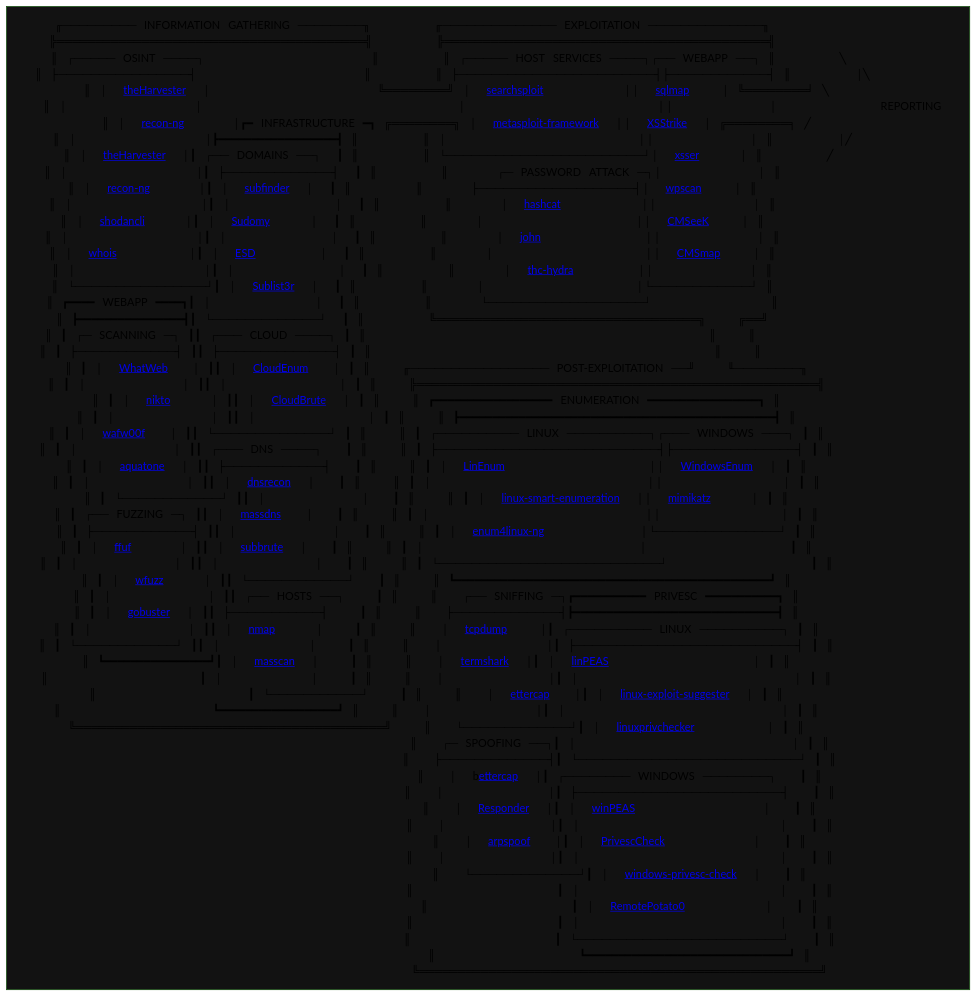
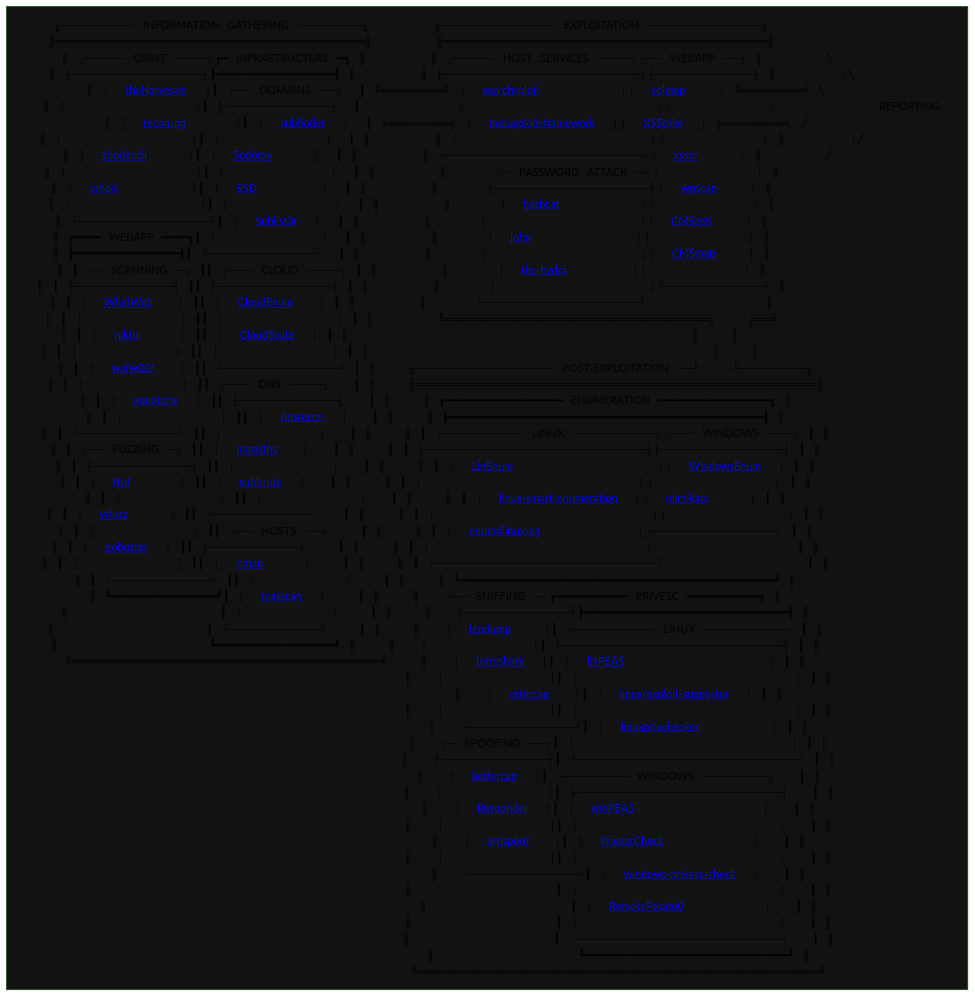
One commit to Skalyaeve/a-process changed the diagram in README.md. Above: the diagram before and after it, drawn with Mermaid (forest theme). The commit also changed 2 other files, not shown here.

````diff
--- a/README.md
+++ b/README.md
@@ -1,65 +1,65 @@
 ```mermaid
 graph TD
 main[
 ⠀╓─────────⠀INFORMATION⠀GATHERING⠀────────╖⠀⠀⠀⠀⠀⠀⠀⠀╓──────────────⠀EXPLOITATION⠀──────────────╖⠀⠀⠀⠀⠀⠀⠀⠀⠀⠀⠀⠀⠀⠀⠀⠀⠀⠀⠀⠀
 ⠀╠════════════════════════════════════════╣⠀⠀⠀⠀⠀⠀⠀⠀╠══════════════════════════════════════════╣⠀⠀⠀⠀⠀⠀⠀⠀⠀⠀⠀⠀⠀⠀⠀⠀⠀⠀⠀⠀
-⠀║⠀┌─────⠀OSINT⠀────┐⠀⠀⠀⠀⠀⠀⠀⠀⠀⠀⠀⠀⠀⠀⠀⠀⠀⠀⠀⠀⠀║⠀⠀⠀⠀⠀⠀⠀⠀║⠀┌─────⠀HOST⠀SERVICES⠀────┐┌──⠀WEBAPP⠀──┐⠀║⠀⠀⠀⠀⠀⠀⠀⠀╲⠀⠀⠀⠀⠀⠀⠀⠀⠀⠀⠀
-⠀║⠀├────────────────┤⠀⠀⠀⠀⠀⠀⠀⠀⠀⠀⠀⠀⠀⠀⠀⠀⠀⠀⠀⠀⠀║⠀⠀⠀⠀⠀⠀⠀⠀║⠀├────────────────────────┤├────────────┤⠀║⠀⠀⠀⠀⠀⠀⠀⠀│╲⠀⠀⠀⠀⠀⠀⠀⠀⠀⠀
-⠀║⠀│⠀⠀<a href='https://github.com/laramies/theHarvester'>theHarvester</a>⠀⠀│⠀⠀⠀⠀⠀⠀⠀⠀⠀⠀⠀⠀⠀⠀⠀⠀⠀⠀⠀⠀⠀╚════════╝⠀│⠀⠀<a href='https://gitlab.com/exploit-database/exploitdb'>searchsploit</a>⠀⠀⠀⠀⠀⠀⠀⠀⠀⠀││⠀⠀<a href='https://github.com/sqlmapproject/sqlmap'>sqlmap</a>⠀⠀⠀⠀│⠀╚════════╛⠀╲⠀⠀⠀⠀⠀⠀⠀⠀⠀
-⠀║⠀│⠀⠀⠀⠀⠀⠀⠀⠀⠀⠀⠀⠀⠀⠀⠀⠀│⠀⠀⠀⠀⠀⠀⠀⠀⠀⠀⠀⠀⠀⠀⠀⠀⠀⠀⠀⠀⠀⠀⠀⠀⠀⠀⠀⠀⠀⠀⠀⠀│⠀⠀⠀⠀⠀⠀⠀⠀⠀⠀⠀⠀⠀⠀⠀⠀⠀⠀⠀⠀⠀⠀⠀⠀││⠀⠀⠀⠀⠀⠀⠀⠀⠀⠀⠀⠀│⠀⠀⠀⠀⠀⠀⠀⠀⠀⠀⠀⠀⠀REPORTING
-⠀║⠀│⠀⠀<a href='https://github.com/lanmaster53/recon-ng'>recon-ng</a>⠀⠀⠀⠀⠀⠀│┏━⠀INFRASTRUCTURE⠀━┓⠀╔════════╗⠀│⠀⠀<a href='https://github.com/rapid7/metasploit-framework'>metasploit-framework</a>⠀⠀││⠀⠀<a href='https://github.com/s0md3v/XSStrike'>XSStrike</a>⠀⠀│⠀╔════════╕⠀╱⠀⠀⠀⠀⠀⠀⠀⠀⠀
-⠀║⠀│⠀⠀⠀⠀⠀⠀⠀⠀⠀⠀⠀⠀⠀⠀⠀⠀│┣━━━━━━━━━━━━━━━━━━┫⠀║⠀⠀⠀⠀⠀⠀⠀⠀║⠀│⠀⠀⠀⠀⠀⠀⠀⠀⠀⠀⠀⠀⠀⠀⠀⠀⠀⠀⠀⠀⠀⠀⠀⠀││⠀⠀⠀⠀⠀⠀⠀⠀⠀⠀⠀⠀│⠀║⠀⠀⠀⠀⠀⠀⠀⠀│╱⠀⠀⠀⠀⠀⠀⠀⠀⠀⠀
-⠀║⠀│⠀⠀<a href='https://github.com/laramies/theHarvester'>theHarvester</a>⠀⠀│┃⠀┌──⠀DOMAINS⠀──┐⠀⠀┃⠀║⠀⠀⠀⠀⠀⠀⠀⠀║⠀└────────────────────────┘│⠀⠀<a href='https://github.com/epsylon/xsser'>xsser</a>⠀⠀⠀⠀⠀│⠀║⠀⠀⠀⠀⠀⠀⠀⠀╱⠀⠀⠀⠀⠀⠀⠀⠀⠀⠀⠀
-⠀║⠀│⠀⠀⠀⠀⠀⠀⠀⠀⠀⠀⠀⠀⠀⠀⠀⠀│┃⠀├─────────────┤⠀⠀┃⠀║⠀⠀⠀⠀⠀⠀⠀⠀║⠀⠀⠀⠀⠀⠀┌─⠀PASSWORD⠀ATTACK⠀─┐│⠀⠀⠀⠀⠀⠀⠀⠀⠀⠀⠀⠀│⠀║⠀⠀⠀⠀⠀⠀⠀⠀⠀⠀⠀⠀⠀⠀⠀⠀⠀⠀⠀⠀
-⠀║⠀│⠀⠀<a href='https://github.com/lanmaster53/recon-ng'>recon-ng</a>⠀⠀⠀⠀⠀⠀│┃⠀│⠀⠀<a href='https://github.com/projectdiscovery/subfinder'>subfinder</a>⠀⠀│⠀⠀┃⠀║⠀⠀⠀⠀⠀⠀⠀⠀║⠀⠀⠀⠀⠀⠀├───────────────────┤│⠀⠀<a href='https://github.com/wpscanteam/wpscan'>wpscan</a>⠀⠀⠀⠀│⠀║⠀⠀⠀⠀⠀⠀⠀⠀⠀⠀⠀⠀⠀⠀⠀⠀⠀⠀⠀⠀
+⠀║⠀┌─────⠀OSINT⠀────┐┏━⠀INFRASTRUCTURE⠀━┓⠀║⠀⠀⠀⠀⠀⠀⠀⠀║⠀┌─────⠀HOST⠀SERVICES⠀────┐┌──⠀WEBAPP⠀──┐⠀║⠀⠀⠀⠀⠀⠀⠀⠀╲⠀⠀⠀⠀⠀⠀⠀⠀⠀⠀⠀
+⠀║⠀├────────────────┤┣━━━━━━━━━━━━━━━━━━┫⠀║⠀⠀⠀⠀⠀⠀⠀⠀║⠀├────────────────────────┤├────────────┤⠀║⠀⠀⠀⠀⠀⠀⠀⠀│╲⠀⠀⠀⠀⠀⠀⠀⠀⠀⠀
+⠀║⠀│⠀⠀<a href='https://github.com/laramies/theHarvester'>theHarvester</a>⠀⠀│┃⠀┌──⠀DOMAINS⠀──┐⠀⠀┃⠀╚════════╝⠀│⠀⠀<a href='https://gitlab.com/exploit-database/exploitdb'>searchsploit</a>⠀⠀⠀⠀⠀⠀⠀⠀⠀⠀││⠀⠀<a href='https://github.com/sqlmapproject/sqlmap'>sqlmap</a>⠀⠀⠀⠀│⠀╚════════╛⠀╲⠀⠀⠀⠀⠀⠀⠀⠀⠀
+⠀║⠀│⠀⠀⠀⠀⠀⠀⠀⠀⠀⠀⠀⠀⠀⠀⠀⠀│┃⠀├─────────────┤⠀⠀┃⠀⠀⠀⠀⠀⠀⠀⠀⠀⠀⠀⠀│⠀⠀⠀⠀⠀⠀⠀⠀⠀⠀⠀⠀⠀⠀⠀⠀⠀⠀⠀⠀⠀⠀⠀⠀││⠀⠀⠀⠀⠀⠀⠀⠀⠀⠀⠀⠀│⠀⠀⠀⠀⠀⠀⠀⠀⠀⠀⠀⠀⠀REPORTING
+⠀║⠀│⠀⠀<a href='https://github.com/lanmaster53/recon-ng'>recon-ng</a>⠀⠀⠀⠀⠀⠀│┃⠀│⠀⠀<a href='https://github.com/projectdiscovery/subfinder'>subfinder</a>⠀⠀│⠀⠀┃⠀╔════════╗⠀│⠀⠀<a href='https://github.com/rapid7/metasploit-framework'>metasploit-framework</a>⠀⠀││⠀⠀<a href='https://github.com/s0md3v/XSStrike'>XSStrike</a>⠀⠀│⠀╔════════╕⠀╱⠀⠀⠀⠀⠀⠀⠀⠀⠀
+⠀║⠀│⠀⠀⠀⠀⠀⠀⠀⠀⠀⠀⠀⠀⠀⠀⠀⠀│┃⠀│⠀⠀⠀⠀⠀⠀⠀⠀⠀⠀⠀⠀⠀│⠀⠀┃⠀║⠀⠀⠀⠀⠀⠀⠀⠀║⠀│⠀⠀⠀⠀⠀⠀⠀⠀⠀⠀⠀⠀⠀⠀⠀⠀⠀⠀⠀⠀⠀⠀⠀⠀││⠀⠀⠀⠀⠀⠀⠀⠀⠀⠀⠀⠀│⠀║⠀⠀⠀⠀⠀⠀⠀⠀│╱⠀⠀⠀⠀⠀⠀⠀⠀⠀⠀
+⠀║⠀│⠀⠀<a href='https://github.com/malinkinsa/shodancli'>shodancli</a>⠀⠀⠀⠀⠀│┃⠀│⠀⠀<a href='https://github.com/screetsec/Sudomy'>Sudomy</a>⠀⠀⠀⠀⠀│⠀⠀┃⠀║⠀⠀⠀⠀⠀⠀⠀⠀║⠀└────────────────────────┘│⠀⠀<a href='https://github.com/epsylon/xsser'>xsser</a>⠀⠀⠀⠀⠀│⠀║⠀⠀⠀⠀⠀⠀⠀⠀╱⠀⠀⠀⠀⠀⠀⠀⠀⠀⠀⠀
+⠀║⠀│⠀⠀⠀⠀⠀⠀⠀⠀⠀⠀⠀⠀⠀⠀⠀⠀│┃⠀│⠀⠀⠀⠀⠀⠀⠀⠀⠀⠀⠀⠀⠀│⠀⠀┃⠀║⠀⠀⠀⠀⠀⠀⠀⠀║⠀⠀⠀⠀⠀⠀┌─⠀PASSWORD⠀ATTACK⠀─┐│⠀⠀⠀⠀⠀⠀⠀⠀⠀⠀⠀⠀│⠀║⠀⠀⠀⠀⠀⠀⠀⠀⠀⠀⠀⠀⠀⠀⠀⠀⠀⠀⠀⠀
+⠀║⠀│⠀⠀<a href='https://github.com/weppos/whois'>whois</a>⠀⠀⠀⠀⠀⠀⠀⠀⠀│┃⠀│⠀⠀<a href='https://github.com/FeeiCN/ESD?tab=readme-ov-file'>ESD</a>⠀⠀⠀⠀⠀⠀⠀⠀│⠀⠀┃⠀║⠀⠀⠀⠀⠀⠀⠀⠀║⠀⠀⠀⠀⠀⠀├───────────────────┤│⠀⠀<a href='https://github.com/wpscanteam/wpscan'>wpscan</a>⠀⠀⠀⠀│⠀║⠀⠀⠀⠀⠀⠀⠀⠀⠀⠀⠀⠀⠀⠀⠀⠀⠀⠀⠀⠀
 ⠀║⠀│⠀⠀⠀⠀⠀⠀⠀⠀⠀⠀⠀⠀⠀⠀⠀⠀│┃⠀│⠀⠀⠀⠀⠀⠀⠀⠀⠀⠀⠀⠀⠀│⠀⠀┃⠀║⠀⠀⠀⠀⠀⠀⠀⠀║⠀⠀⠀⠀⠀⠀│⠀⠀<a href='https://github.com/hashcat/hashcat'>hashcat</a>⠀⠀⠀⠀⠀⠀⠀⠀⠀⠀││⠀⠀⠀⠀⠀⠀⠀⠀⠀⠀⠀⠀│⠀║⠀⠀⠀⠀⠀⠀⠀⠀⠀⠀⠀⠀⠀⠀⠀⠀⠀⠀⠀⠀
-⠀║⠀│⠀⠀<a href='https://github.com/malinkinsa/shodancli'>shodancli</a>⠀⠀⠀⠀⠀│┃⠀│⠀⠀<a href='https://github.com/screetsec/Sudomy'>Sudomy</a>⠀⠀⠀⠀⠀│⠀⠀┃⠀║⠀⠀⠀⠀⠀⠀⠀⠀║⠀⠀⠀⠀⠀⠀│⠀⠀⠀⠀⠀⠀⠀⠀⠀⠀⠀⠀⠀⠀⠀⠀⠀⠀⠀││⠀⠀<a href='https://github.com/Tuhinshubhra/CMSeeK'>CMSeeK</a>⠀⠀⠀⠀│⠀║⠀⠀⠀⠀⠀⠀⠀⠀⠀⠀⠀⠀⠀⠀⠀⠀⠀⠀⠀⠀
-⠀║⠀│⠀⠀⠀⠀⠀⠀⠀⠀⠀⠀⠀⠀⠀⠀⠀⠀│┃⠀│⠀⠀⠀⠀⠀⠀⠀⠀⠀⠀⠀⠀⠀│⠀⠀┃⠀║⠀⠀⠀⠀⠀⠀⠀⠀║⠀⠀⠀⠀⠀⠀│⠀⠀<a href='https://github.com/openwall/john'>john</a>⠀⠀⠀⠀⠀⠀⠀⠀⠀⠀⠀⠀⠀││⠀⠀⠀⠀⠀⠀⠀⠀⠀⠀⠀⠀│⠀║⠀⠀⠀⠀⠀⠀⠀⠀⠀⠀⠀⠀⠀⠀⠀⠀⠀⠀⠀⠀
-⠀║⠀│⠀⠀<a href='https://github.com/weppos/whois'>whois</a>⠀⠀⠀⠀⠀⠀⠀⠀⠀│┃⠀│⠀⠀<a href='https://github.com/FeeiCN/ESD?tab=readme-ov-file'>ESD</a>⠀⠀⠀⠀⠀⠀⠀⠀│⠀⠀┃⠀║⠀⠀⠀⠀⠀⠀⠀⠀║⠀⠀⠀⠀⠀⠀│⠀⠀⠀⠀⠀⠀⠀⠀⠀⠀⠀⠀⠀⠀⠀⠀⠀⠀⠀││⠀⠀<a href='https://github.com/dionach/CMSmap'>CMSmap</a>⠀⠀⠀⠀│⠀║⠀⠀⠀⠀⠀⠀⠀⠀⠀⠀⠀⠀⠀⠀⠀⠀⠀⠀⠀⠀
-⠀║⠀│⠀⠀⠀⠀⠀⠀⠀⠀⠀⠀⠀⠀⠀⠀⠀⠀│┃⠀│⠀⠀⠀⠀⠀⠀⠀⠀⠀⠀⠀⠀⠀│⠀⠀┃⠀║⠀⠀⠀⠀⠀⠀⠀⠀║⠀⠀⠀⠀⠀⠀│⠀⠀<a href='https://github.com/vanhauser-thc/thc-hydra'>thc-hydra</a>⠀⠀⠀⠀⠀⠀⠀⠀││⠀⠀⠀⠀⠀⠀⠀⠀⠀⠀⠀⠀│⠀║⠀⠀⠀⠀⠀⠀⠀⠀⠀⠀⠀⠀⠀⠀⠀⠀⠀⠀⠀⠀
-⠀║⠀└────────────────┘┃⠀│⠀⠀<a href='https://github.com/aboul3la/Sublist3r'>Sublist3r</a>⠀⠀│⠀⠀┃⠀║⠀⠀⠀⠀⠀⠀⠀⠀║⠀⠀⠀⠀⠀⠀│⠀⠀⠀⠀⠀⠀⠀⠀⠀⠀⠀⠀⠀⠀⠀⠀⠀⠀⠀│└────────────┘⠀║⠀⠀⠀⠀⠀⠀⠀⠀⠀⠀⠀⠀⠀⠀⠀⠀⠀⠀⠀⠀
-⠀║⠀┏━━━━⠀WEBAPP⠀━━━━┓┃⠀│⠀⠀⠀⠀⠀⠀⠀⠀⠀⠀⠀⠀⠀│⠀⠀┃⠀║⠀⠀⠀⠀⠀⠀⠀⠀║⠀⠀⠀⠀⠀⠀└───────────────────┘⠀⠀⠀⠀⠀⠀⠀⠀⠀⠀⠀⠀⠀⠀⠀║⠀⠀⠀⠀⠀⠀⠀⠀⠀⠀⠀⠀⠀⠀⠀⠀⠀⠀⠀⠀
-⠀║⠀┣━━━━━━━━━━━━━━━━┫┃⠀└─────────────┘⠀⠀┃⠀║⠀⠀⠀⠀⠀⠀⠀⠀╚══════════════════════════════════╗⠀⠀⠀⠀╔══╝⠀⠀⠀⠀⠀⠀⠀⠀⠀⠀⠀⠀⠀⠀⠀⠀⠀⠀⠀⠀
-⠀║⠀┃⠀┌─⠀SCANNING⠀─┐⠀┃┃⠀┌───⠀CLOUD⠀────┐⠀┃⠀║⠀⠀⠀⠀⠀⠀⠀⠀⠀⠀⠀⠀⠀⠀⠀⠀⠀⠀⠀⠀⠀⠀⠀⠀⠀⠀⠀⠀⠀⠀⠀⠀⠀⠀⠀⠀⠀⠀⠀⠀⠀⠀⠀║⠀⠀⠀⠀║⠀⠀⠀⠀⠀⠀⠀⠀⠀⠀⠀⠀⠀⠀⠀⠀⠀⠀⠀⠀⠀⠀⠀
-⠀║⠀┃⠀├────────────┤⠀┃┃⠀├──────────────┤⠀┃⠀║⠀⠀⠀⠀⠀⠀⠀⠀⠀⠀⠀⠀⠀⠀⠀⠀⠀⠀⠀⠀⠀⠀⠀⠀⠀⠀⠀⠀⠀⠀⠀⠀⠀⠀⠀⠀⠀⠀⠀⠀⠀⠀⠀║⠀⠀⠀⠀║⠀⠀⠀⠀⠀⠀⠀⠀⠀⠀⠀⠀⠀⠀⠀⠀⠀⠀⠀⠀⠀⠀⠀
-⠀║⠀┃⠀│⠀⠀<a href='https://github.com/urbanadventurer/WhatWeb'>WhatWeb</a>⠀⠀⠀│⠀┃┃⠀│⠀⠀<a href='https://github.com/initstring/cloud_enum'>CloudEnum</a>⠀⠀⠀│⠀┃⠀║⠀⠀⠀⠀╓─────────────────⠀POST-EXPLOITATION⠀──╜⠀⠀⠀⠀╙────────╖⠀⠀⠀⠀⠀⠀⠀⠀⠀⠀⠀⠀⠀⠀
-⠀║⠀┃⠀│⠀⠀⠀⠀⠀⠀⠀⠀⠀⠀⠀⠀│⠀┃┃⠀│⠀⠀⠀⠀⠀⠀⠀⠀⠀⠀⠀⠀⠀⠀│⠀┃⠀║⠀⠀⠀⠀╠════════════════════════════════════════════════════╣⠀⠀⠀⠀⠀⠀⠀⠀⠀⠀⠀⠀⠀⠀
-⠀║⠀┃⠀│⠀⠀<a href='https://github.com/sullo/nikto'>nikto</a>⠀⠀⠀⠀⠀│⠀┃┃⠀│⠀⠀<a href='https://github.com/0xsha/CloudBrute'>CloudBrute</a>⠀⠀│⠀┃⠀║⠀⠀⠀⠀║⠀┏━━━━━━━━━━━━━━━━━━⠀ENUMERATION⠀━━━━━━━━━━━━━━━━━┓⠀║⠀⠀⠀⠀⠀⠀⠀⠀⠀⠀⠀⠀⠀⠀
-⠀║⠀┃⠀│⠀⠀⠀⠀⠀⠀⠀⠀⠀⠀⠀⠀│⠀┃┃⠀│⠀⠀⠀⠀⠀⠀⠀⠀⠀⠀⠀⠀⠀⠀│⠀┃⠀║⠀⠀⠀⠀║⠀┣━━━━━━━━━━━━━━━━━━━━━━━━━━━━━━━━━━━━━━━━━━━━━━━━┫⠀║⠀⠀⠀⠀⠀⠀⠀⠀⠀⠀⠀⠀⠀⠀
-⠀║⠀┃⠀│⠀⠀<a href='https://github.com/EnableSecurity/wafw00f'>wafw00f</a>⠀⠀⠀│⠀┃┃⠀└──────────────┘⠀┃⠀║⠀⠀⠀⠀║⠀┃⠀┌──────────⠀LINUX⠀──────────┐┌───⠀WINDOWS⠀───┐⠀┃⠀║⠀⠀⠀⠀⠀⠀⠀⠀⠀⠀⠀⠀⠀⠀
-⠀║⠀┃⠀│⠀⠀⠀⠀⠀⠀⠀⠀⠀⠀⠀⠀│⠀┃┃⠀┌───⠀DNS⠀────┐⠀⠀⠀┃⠀║⠀⠀⠀⠀║⠀┃⠀├───────────────────────────┤├───────────────┤⠀┃⠀║⠀⠀⠀⠀⠀⠀⠀⠀⠀⠀⠀⠀⠀⠀
-⠀║⠀┃⠀│⠀⠀<a href='https://github.com/michenriksen/aquatone'>aquatone</a>⠀⠀│⠀┃┃⠀├────────────┤⠀⠀⠀┃⠀║⠀⠀⠀⠀║⠀┃⠀│⠀⠀<a href='https://github.com/rebootuser/LinEnum'>LinEnum</a>⠀⠀⠀⠀⠀⠀⠀⠀⠀⠀⠀⠀⠀⠀⠀⠀⠀⠀││⠀⠀<a href='https://github.com/absolomb/WindowsEnum'>WindowsEnum</a>⠀⠀│⠀┃⠀║⠀⠀⠀⠀⠀⠀⠀⠀⠀⠀⠀⠀⠀⠀
-⠀║⠀┃⠀│⠀⠀⠀⠀⠀⠀⠀⠀⠀⠀⠀⠀│⠀┃┃⠀│⠀⠀<a href='https://github.com/darkoperator/dnsrecon'>dnsrecon</a>⠀⠀│⠀⠀⠀┃⠀║⠀⠀⠀⠀║⠀┃⠀│⠀⠀⠀⠀⠀⠀⠀⠀⠀⠀⠀⠀⠀⠀⠀⠀⠀⠀⠀⠀⠀⠀⠀⠀⠀⠀⠀││⠀⠀⠀⠀⠀⠀⠀⠀⠀⠀⠀⠀⠀⠀⠀│⠀┃⠀║⠀⠀⠀⠀⠀⠀⠀⠀⠀⠀⠀⠀⠀⠀
-⠀║⠀┃⠀└────────────┘⠀┃┃⠀│⠀⠀⠀⠀⠀⠀⠀⠀⠀⠀⠀⠀│⠀⠀⠀┃⠀║⠀⠀⠀⠀║⠀┃⠀│⠀⠀<a href='https://github.com/diego-treitos/linux-smart-enumeration'>linux-smart-enumeration</a>⠀⠀││⠀⠀<a href='https://github.com/gentilkiwi/mimikatz'>mimikatz</a>⠀⠀⠀⠀⠀│⠀┃⠀║⠀⠀⠀⠀⠀⠀⠀⠀⠀⠀⠀⠀⠀⠀
-⠀║⠀┃⠀┌──⠀FUZZING⠀─┐⠀┃┃⠀│⠀⠀<a href='https://github.com/blechschmidt/massdns'>massdns</a>⠀⠀⠀│⠀⠀⠀┃⠀║⠀⠀⠀⠀║⠀┃⠀│⠀⠀⠀⠀⠀⠀⠀⠀⠀⠀⠀⠀⠀⠀⠀⠀⠀⠀⠀⠀⠀⠀⠀⠀⠀⠀⠀││⠀⠀⠀⠀⠀⠀⠀⠀⠀⠀⠀⠀⠀⠀⠀│⠀┃⠀║⠀⠀⠀⠀⠀⠀⠀⠀⠀⠀⠀⠀⠀⠀
-⠀║⠀┃⠀├────────────┤⠀┃┃⠀│⠀⠀⠀⠀⠀⠀⠀⠀⠀⠀⠀⠀│⠀⠀⠀┃⠀║⠀⠀⠀⠀║⠀┃⠀│⠀⠀<a href='https://github.com/cddmp/enum4linux-ng'>enum4linux-ng</a>⠀⠀⠀⠀⠀⠀⠀⠀⠀⠀⠀⠀│└───────────────┘⠀┃⠀║⠀⠀⠀⠀⠀⠀⠀⠀⠀⠀⠀⠀⠀⠀
-⠀║⠀┃⠀│⠀⠀<a href='https://github.com/ffuf/ffuf'>ffuf</a>⠀⠀⠀⠀⠀⠀│⠀┃┃⠀│⠀⠀<a href='https://github.com/TheRook/subbrute'>subbrute</a>⠀⠀│⠀⠀⠀┃⠀║⠀⠀⠀⠀║⠀┃⠀│⠀⠀⠀⠀⠀⠀⠀⠀⠀⠀⠀⠀⠀⠀⠀⠀⠀⠀⠀⠀⠀⠀⠀⠀⠀⠀⠀│⠀⠀⠀⠀⠀⠀⠀⠀⠀⠀⠀⠀⠀⠀⠀⠀⠀⠀┃⠀║⠀⠀⠀⠀⠀⠀⠀⠀⠀⠀⠀⠀⠀⠀
-⠀║⠀┃⠀│⠀⠀⠀⠀⠀⠀⠀⠀⠀⠀⠀⠀│⠀┃┃⠀│⠀⠀⠀⠀⠀⠀⠀⠀⠀⠀⠀⠀│⠀⠀⠀┃⠀║⠀⠀⠀⠀║⠀┃⠀└───────────────────────────┘⠀⠀⠀⠀⠀⠀⠀⠀⠀⠀⠀⠀⠀⠀⠀⠀⠀⠀┃⠀║⠀⠀⠀⠀⠀⠀⠀⠀⠀⠀⠀⠀⠀⠀
-⠀║⠀┃⠀│⠀⠀<a href='https://github.com/xmendez/wfuzz'>wfuzz</a>⠀⠀⠀⠀⠀│⠀┃┃⠀└────────────┘⠀⠀⠀┃⠀║⠀⠀⠀⠀║⠀┗━━━━━━━━━━━━━━━━━━━━━━━━━━━━━━━━━━━━━━━━━━━━━━━━┛⠀║⠀⠀⠀⠀⠀⠀⠀⠀⠀⠀⠀⠀⠀⠀
-⠀║⠀┃⠀│⠀⠀⠀⠀⠀⠀⠀⠀⠀⠀⠀⠀│⠀┃┃⠀┌──⠀HOSTS⠀──┐⠀⠀⠀⠀┃⠀║⠀⠀⠀⠀║⠀⠀⠀┌──⠀SNIFFING⠀─┐┏━━━━━━━━━━━⠀PRIVESC⠀━━━━━━━━━━━┓⠀║⠀⠀⠀⠀⠀⠀⠀⠀⠀⠀⠀⠀⠀⠀
-⠀║⠀┃⠀│⠀⠀<a href='https://github.com/OJ/gobuster'>gobuster</a>⠀⠀│⠀┃┃⠀├───────────┤⠀⠀⠀⠀┃⠀║⠀⠀⠀⠀║⠀⠀⠀├─────────────┤┣━━━━━━━━━━━━━━━━━━━━━━━━━━━━━━━┫⠀║⠀⠀⠀⠀⠀⠀⠀⠀⠀⠀⠀⠀⠀⠀
-⠀║⠀┃⠀│⠀⠀⠀⠀⠀⠀⠀⠀⠀⠀⠀⠀│⠀┃┃⠀│⠀⠀<a href='https://github.com/nmap/nmap'>nmap</a>⠀⠀⠀⠀⠀│⠀⠀⠀⠀┃⠀║⠀⠀⠀⠀║⠀⠀⠀│⠀⠀<a href='https://github.com/the-tcpdump-group/tcpdump'>tcpdump</a>⠀⠀⠀⠀│┃⠀┌──────────⠀LINUX⠀──────────┐⠀┃⠀║⠀⠀⠀⠀⠀⠀⠀⠀⠀⠀⠀⠀⠀⠀
-⠀║⠀┃⠀└────────────┘⠀┃┃⠀│⠀⠀⠀⠀⠀⠀⠀⠀⠀⠀⠀│⠀⠀⠀⠀┃⠀║⠀⠀⠀⠀║⠀⠀⠀│⠀⠀⠀⠀⠀⠀⠀⠀⠀⠀⠀⠀⠀│┃⠀├───────────────────────────┤⠀┃⠀║⠀⠀⠀⠀⠀⠀⠀⠀⠀⠀⠀⠀⠀⠀
-⠀║⠀┗━━━━━━━━━━━━━━━━┛┃⠀│⠀⠀<a href='https://github.com/robertdavidgraham/masscan'>masscan</a>⠀⠀│⠀⠀⠀⠀┃⠀║⠀⠀⠀⠀║⠀⠀⠀│⠀⠀<a href='https://github.com/gcla/termshark'>termshark</a>⠀⠀│┃⠀│⠀⠀<a href='https://github.com/peass-ng/PEASS-ng/tree/master/linPEAS'>linPEAS</a>⠀⠀⠀⠀⠀⠀⠀⠀⠀⠀⠀⠀⠀⠀⠀⠀⠀⠀│⠀┃⠀║⠀⠀⠀⠀⠀⠀⠀⠀⠀⠀⠀⠀⠀⠀
-⠀║⠀⠀⠀⠀⠀⠀⠀⠀⠀⠀⠀⠀⠀⠀⠀⠀⠀⠀⠀┃⠀│⠀⠀⠀⠀⠀⠀⠀⠀⠀⠀⠀│⠀⠀⠀⠀┃⠀║⠀⠀⠀⠀║⠀⠀⠀│⠀⠀⠀⠀⠀⠀⠀⠀⠀⠀⠀⠀⠀│┃⠀│⠀⠀⠀⠀⠀⠀⠀⠀⠀⠀⠀⠀⠀⠀⠀⠀⠀⠀⠀⠀⠀⠀⠀⠀⠀⠀⠀│⠀┃⠀║⠀⠀⠀⠀⠀⠀⠀⠀⠀⠀⠀⠀⠀⠀
-⠀║⠀⠀⠀⠀⠀⠀⠀⠀⠀⠀⠀⠀⠀⠀⠀⠀⠀⠀⠀┃⠀└───────────┘⠀⠀⠀⠀┃⠀║⠀⠀⠀⠀║⠀⠀⠀│⠀⠀<a href='https://github.com/Ettercap/ettercap'>ettercap</a>⠀⠀⠀│┃⠀│⠀⠀<a href='https://github.com/The-Z-Labs/linux-exploit-suggester'>linux-exploit-suggester</a>⠀⠀│⠀┃⠀║⠀⠀⠀⠀⠀⠀⠀⠀⠀⠀⠀⠀⠀⠀
-⠀║⠀⠀⠀⠀⠀⠀⠀⠀⠀⠀⠀⠀⠀⠀⠀⠀⠀⠀⠀┗━━━━━━━━━━━━━━━━━━┛⠀║⠀⠀⠀⠀║⠀⠀⠀│⠀⠀⠀⠀⠀⠀⠀⠀⠀⠀⠀⠀⠀│┃⠀│⠀⠀⠀⠀⠀⠀⠀⠀⠀⠀⠀⠀⠀⠀⠀⠀⠀⠀⠀⠀⠀⠀⠀⠀⠀⠀⠀│⠀┃⠀║⠀⠀⠀⠀⠀⠀⠀⠀⠀⠀⠀⠀⠀⠀
-⠀╚════════════════════════════════════════╝⠀⠀⠀⠀║⠀⠀⠀└─────────────┘┃⠀│⠀⠀<a href='https://github.com/sleventyeleven/linuxprivchecker'>linuxprivchecker</a>⠀⠀⠀⠀⠀⠀⠀⠀⠀│⠀┃⠀║⠀⠀⠀⠀⠀⠀⠀⠀⠀⠀⠀⠀⠀⠀
+⠀║⠀└────────────────┘┃⠀│⠀⠀<a href='https://github.com/aboul3la/Sublist3r'>Sublist3r</a>⠀⠀│⠀⠀┃⠀║⠀⠀⠀⠀⠀⠀⠀⠀║⠀⠀⠀⠀⠀⠀│⠀⠀⠀⠀⠀⠀⠀⠀⠀⠀⠀⠀⠀⠀⠀⠀⠀⠀⠀││⠀⠀<a href='https://github.com/Tuhinshubhra/CMSeeK'>CMSeeK</a>⠀⠀⠀⠀│⠀║⠀⠀⠀⠀⠀⠀⠀⠀⠀⠀⠀⠀⠀⠀⠀⠀⠀⠀⠀⠀
+⠀║⠀┏━━━━⠀WEBAPP⠀━━━━┓┃⠀│⠀⠀⠀⠀⠀⠀⠀⠀⠀⠀⠀⠀⠀│⠀⠀┃⠀║⠀⠀⠀⠀⠀⠀⠀⠀║⠀⠀⠀⠀⠀⠀│⠀⠀<a href='https://github.com/openwall/john'>john</a>⠀⠀⠀⠀⠀⠀⠀⠀⠀⠀⠀⠀⠀││⠀⠀⠀⠀⠀⠀⠀⠀⠀⠀⠀⠀│⠀║⠀⠀⠀⠀⠀⠀⠀⠀⠀⠀⠀⠀⠀⠀⠀⠀⠀⠀⠀⠀
+⠀║⠀┣━━━━━━━━━━━━━━━━┫┃⠀└─────────────┘⠀⠀┃⠀║⠀⠀⠀⠀⠀⠀⠀⠀║⠀⠀⠀⠀⠀⠀│⠀⠀⠀⠀⠀⠀⠀⠀⠀⠀⠀⠀⠀⠀⠀⠀⠀⠀⠀││⠀⠀<a href='https://github.com/dionach/CMSmap'>CMSmap</a>⠀⠀⠀⠀│⠀║⠀⠀⠀⠀⠀⠀⠀⠀⠀⠀⠀⠀⠀⠀⠀⠀⠀⠀⠀⠀
+⠀║⠀┃⠀┌─⠀SCANNING⠀─┐⠀┃┃⠀┌───⠀CLOUD⠀────┐⠀┃⠀║⠀⠀⠀⠀⠀⠀⠀⠀║⠀⠀⠀⠀⠀⠀│⠀⠀<a href='https://github.com/vanhauser-thc/thc-hydra'>thc-hydra</a>⠀⠀⠀⠀⠀⠀⠀⠀││⠀⠀⠀⠀⠀⠀⠀⠀⠀⠀⠀⠀│⠀║⠀⠀⠀⠀⠀⠀⠀⠀⠀⠀⠀⠀⠀⠀⠀⠀⠀⠀⠀⠀
+⠀║⠀┃⠀├────────────┤⠀┃┃⠀├──────────────┤⠀┃⠀║⠀⠀⠀⠀⠀⠀⠀⠀║⠀⠀⠀⠀⠀⠀│⠀⠀⠀⠀⠀⠀⠀⠀⠀⠀⠀⠀⠀⠀⠀⠀⠀⠀⠀│└────────────┘⠀║⠀⠀⠀⠀⠀⠀⠀⠀⠀⠀⠀⠀⠀⠀⠀⠀⠀⠀⠀⠀
+⠀║⠀┃⠀│⠀⠀<a href='https://github.com/urbanadventurer/WhatWeb'>WhatWeb</a>⠀⠀⠀│⠀┃┃⠀│⠀⠀<a href='https://github.com/initstring/cloud_enum'>CloudEnum</a>⠀⠀⠀│⠀┃⠀║⠀⠀⠀⠀⠀⠀⠀⠀║⠀⠀⠀⠀⠀⠀└───────────────────┘⠀⠀⠀⠀⠀⠀⠀⠀⠀⠀⠀⠀⠀⠀⠀║⠀⠀⠀⠀⠀⠀⠀⠀⠀⠀⠀⠀⠀⠀⠀⠀⠀⠀⠀⠀
+⠀║⠀┃⠀│⠀⠀⠀⠀⠀⠀⠀⠀⠀⠀⠀⠀│⠀┃┃⠀│⠀⠀⠀⠀⠀⠀⠀⠀⠀⠀⠀⠀⠀⠀│⠀┃⠀║⠀⠀⠀⠀⠀⠀⠀⠀╚══════════════════════════════════╗⠀⠀⠀⠀╔══╝⠀⠀⠀⠀⠀⠀⠀⠀⠀⠀⠀⠀⠀⠀⠀⠀⠀⠀⠀⠀
+⠀║⠀┃⠀│⠀⠀<a href='https://github.com/sullo/nikto'>nikto</a>⠀⠀⠀⠀⠀│⠀┃┃⠀│⠀⠀<a href='https://github.com/0xsha/CloudBrute'>CloudBrute</a>⠀⠀│⠀┃⠀║⠀⠀⠀⠀⠀⠀⠀⠀⠀⠀⠀⠀⠀⠀⠀⠀⠀⠀⠀⠀⠀⠀⠀⠀⠀⠀⠀⠀⠀⠀⠀⠀⠀⠀⠀⠀⠀⠀⠀⠀⠀⠀⠀║⠀⠀⠀⠀║⠀⠀⠀⠀⠀⠀⠀⠀⠀⠀⠀⠀⠀⠀⠀⠀⠀⠀⠀⠀⠀⠀⠀
+⠀║⠀┃⠀│⠀⠀⠀⠀⠀⠀⠀⠀⠀⠀⠀⠀│⠀┃┃⠀│⠀⠀⠀⠀⠀⠀⠀⠀⠀⠀⠀⠀⠀⠀│⠀┃⠀║⠀⠀⠀⠀⠀⠀⠀⠀⠀⠀⠀⠀⠀⠀⠀⠀⠀⠀⠀⠀⠀⠀⠀⠀⠀⠀⠀⠀⠀⠀⠀⠀⠀⠀⠀⠀⠀⠀⠀⠀⠀⠀⠀║⠀⠀⠀⠀║⠀⠀⠀⠀⠀⠀⠀⠀⠀⠀⠀⠀⠀⠀⠀⠀⠀⠀⠀⠀⠀⠀⠀
+⠀║⠀┃⠀│⠀⠀<a href='https://github.com/EnableSecurity/wafw00f'>wafw00f</a>⠀⠀⠀│⠀┃┃⠀└──────────────┘⠀┃⠀║⠀⠀⠀⠀╓─────────────────⠀POST-EXPLOITATION⠀──╜⠀⠀⠀⠀╙────────╖⠀⠀⠀⠀⠀⠀⠀⠀⠀⠀⠀⠀⠀⠀
+⠀║⠀┃⠀│⠀⠀⠀⠀⠀⠀⠀⠀⠀⠀⠀⠀│⠀┃┃⠀┌───⠀DNS⠀────┐⠀⠀⠀┃⠀║⠀⠀⠀⠀╠════════════════════════════════════════════════════╣⠀⠀⠀⠀⠀⠀⠀⠀⠀⠀⠀⠀⠀⠀
+⠀║⠀┃⠀│⠀⠀<a href='https://github.com/michenriksen/aquatone'>aquatone</a>⠀⠀│⠀┃┃⠀├────────────┤⠀⠀⠀┃⠀║⠀⠀⠀⠀║⠀┏━━━━━━━━━━━━━━━━━━⠀ENUMERATION⠀━━━━━━━━━━━━━━━━━┓⠀║⠀⠀⠀⠀⠀⠀⠀⠀⠀⠀⠀⠀⠀⠀
+⠀║⠀┃⠀│⠀⠀⠀⠀⠀⠀⠀⠀⠀⠀⠀⠀│⠀┃┃⠀│⠀⠀<a href='https://github.com/darkoperator/dnsrecon'>dnsrecon</a>⠀⠀│⠀⠀⠀┃⠀║⠀⠀⠀⠀║⠀┣━━━━━━━━━━━━━━━━━━━━━━━━━━━━━━━━━━━━━━━━━━━━━━━━┫⠀║⠀⠀⠀⠀⠀⠀⠀⠀⠀⠀⠀⠀⠀⠀
+⠀║⠀┃⠀└────────────┘⠀┃┃⠀│⠀⠀⠀⠀⠀⠀⠀⠀⠀⠀⠀⠀│⠀⠀⠀┃⠀║⠀⠀⠀⠀║⠀┃⠀┌──────────⠀LINUX⠀──────────┐┌───⠀WINDOWS⠀───┐⠀┃⠀║⠀⠀⠀⠀⠀⠀⠀⠀⠀⠀⠀⠀⠀⠀
+⠀║⠀┃⠀┌──⠀FUZZING⠀─┐⠀┃┃⠀│⠀⠀<a href='https://github.com/blechschmidt/massdns'>massdns</a>⠀⠀⠀│⠀⠀⠀┃⠀║⠀⠀⠀⠀║⠀┃⠀├───────────────────────────┤├───────────────┤⠀┃⠀║⠀⠀⠀⠀⠀⠀⠀⠀⠀⠀⠀⠀⠀⠀
+⠀║⠀┃⠀├────────────┤⠀┃┃⠀│⠀⠀⠀⠀⠀⠀⠀⠀⠀⠀⠀⠀│⠀⠀⠀┃⠀║⠀⠀⠀⠀║⠀┃⠀│⠀⠀<a href='https://github.com/rebootuser/LinEnum'>LinEnum</a>⠀⠀⠀⠀⠀⠀⠀⠀⠀⠀⠀⠀⠀⠀⠀⠀⠀⠀││⠀⠀<a href='https://github.com/absolomb/WindowsEnum'>WindowsEnum</a>⠀⠀│⠀┃⠀║⠀⠀⠀⠀⠀⠀⠀⠀⠀⠀⠀⠀⠀⠀
+⠀║⠀┃⠀│⠀⠀<a href='https://github.com/ffuf/ffuf'>ffuf</a>⠀⠀⠀⠀⠀⠀│⠀┃┃⠀│⠀⠀<a href='https://github.com/TheRook/subbrute'>subbrute</a>⠀⠀│⠀⠀⠀┃⠀║⠀⠀⠀⠀║⠀┃⠀│⠀⠀⠀⠀⠀⠀⠀⠀⠀⠀⠀⠀⠀⠀⠀⠀⠀⠀⠀⠀⠀⠀⠀⠀⠀⠀⠀││⠀⠀⠀⠀⠀⠀⠀⠀⠀⠀⠀⠀⠀⠀⠀│⠀┃⠀║⠀⠀⠀⠀⠀⠀⠀⠀⠀⠀⠀⠀⠀⠀
+⠀║⠀┃⠀│⠀⠀⠀⠀⠀⠀⠀⠀⠀⠀⠀⠀│⠀┃┃⠀│⠀⠀⠀⠀⠀⠀⠀⠀⠀⠀⠀⠀│⠀⠀⠀┃⠀║⠀⠀⠀⠀║⠀┃⠀│⠀⠀<a href='https://github.com/diego-treitos/linux-smart-enumeration'>linux-smart-enumeration</a>⠀⠀││⠀⠀<a href='https://github.com/gentilkiwi/mimikatz'>mimikatz</a>⠀⠀⠀⠀⠀│⠀┃⠀║⠀⠀⠀⠀⠀⠀⠀⠀⠀⠀⠀⠀⠀⠀
+⠀║⠀┃⠀│⠀⠀<a href='https://github.com/xmendez/wfuzz'>wfuzz</a>⠀⠀⠀⠀⠀│⠀┃┃⠀└────────────┘⠀⠀⠀┃⠀║⠀⠀⠀⠀║⠀┃⠀│⠀⠀⠀⠀⠀⠀⠀⠀⠀⠀⠀⠀⠀⠀⠀⠀⠀⠀⠀⠀⠀⠀⠀⠀⠀⠀⠀││⠀⠀⠀⠀⠀⠀⠀⠀⠀⠀⠀⠀⠀⠀⠀│⠀┃⠀║⠀⠀⠀⠀⠀⠀⠀⠀⠀⠀⠀⠀⠀⠀
+⠀║⠀┃⠀│⠀⠀⠀⠀⠀⠀⠀⠀⠀⠀⠀⠀│⠀┃┃⠀┌──⠀HOSTS⠀──┐⠀⠀⠀⠀┃⠀║⠀⠀⠀⠀║⠀┃⠀│⠀⠀<a href='https://github.com/cddmp/enum4linux-ng'>enum4linux-ng</a>⠀⠀⠀⠀⠀⠀⠀⠀⠀⠀⠀⠀│└───────────────┘⠀┃⠀║⠀⠀⠀⠀⠀⠀⠀⠀⠀⠀⠀⠀⠀⠀
+⠀║⠀┃⠀│⠀⠀<a href='https://github.com/OJ/gobuster'>gobuster</a>⠀⠀│⠀┃┃⠀├───────────┤⠀⠀⠀⠀┃⠀║⠀⠀⠀⠀║⠀┃⠀│⠀⠀⠀⠀⠀⠀⠀⠀⠀⠀⠀⠀⠀⠀⠀⠀⠀⠀⠀⠀⠀⠀⠀⠀⠀⠀⠀│⠀⠀⠀⠀⠀⠀⠀⠀⠀⠀⠀⠀⠀⠀⠀⠀⠀⠀┃⠀║⠀⠀⠀⠀⠀⠀⠀⠀⠀⠀⠀⠀⠀⠀
+⠀║⠀┃⠀│⠀⠀⠀⠀⠀⠀⠀⠀⠀⠀⠀⠀│⠀┃┃⠀│⠀⠀<a href='https://github.com/nmap/nmap'>nmap</a>⠀⠀⠀⠀⠀│⠀⠀⠀⠀┃⠀║⠀⠀⠀⠀║⠀┃⠀└───────────────────────────┘⠀⠀⠀⠀⠀⠀⠀⠀⠀⠀⠀⠀⠀⠀⠀⠀⠀⠀┃⠀║⠀⠀⠀⠀⠀⠀⠀⠀⠀⠀⠀⠀⠀⠀
+⠀║⠀┃⠀└────────────┘⠀┃┃⠀│⠀⠀⠀⠀⠀⠀⠀⠀⠀⠀⠀│⠀⠀⠀⠀┃⠀║⠀⠀⠀⠀║⠀┗━━━━━━━━━━━━━━━━━━━━━━━━━━━━━━━━━━━━━━━━━━━━━━━━┛⠀║⠀⠀⠀⠀⠀⠀⠀⠀⠀⠀⠀⠀⠀⠀
+⠀║⠀┗━━━━━━━━━━━━━━━━┛┃⠀│⠀⠀<a href='https://github.com/robertdavidgraham/masscan'>masscan</a>⠀⠀│⠀⠀⠀⠀┃⠀║⠀⠀⠀⠀║⠀⠀⠀┌──⠀SNIFFING⠀─┐┏━━━━━━━━━━━⠀PRIVESC⠀━━━━━━━━━━━┓⠀║⠀⠀⠀⠀⠀⠀⠀⠀⠀⠀⠀⠀⠀⠀
+⠀║⠀⠀⠀⠀⠀⠀⠀⠀⠀⠀⠀⠀⠀⠀⠀⠀⠀⠀⠀┃⠀│⠀⠀⠀⠀⠀⠀⠀⠀⠀⠀⠀│⠀⠀⠀⠀┃⠀║⠀⠀⠀⠀║⠀⠀⠀├─────────────┤┣━━━━━━━━━━━━━━━━━━━━━━━━━━━━━━━┫⠀║⠀⠀⠀⠀⠀⠀⠀⠀⠀⠀⠀⠀⠀⠀
+⠀║⠀⠀⠀⠀⠀⠀⠀⠀⠀⠀⠀⠀⠀⠀⠀⠀⠀⠀⠀┃⠀└───────────┘⠀⠀⠀⠀┃⠀║⠀⠀⠀⠀║⠀⠀⠀│⠀⠀<a href='https://github.com/the-tcpdump-group/tcpdump'>tcpdump</a>⠀⠀⠀⠀│┃⠀┌──────────⠀LINUX⠀──────────┐⠀┃⠀║⠀⠀⠀⠀⠀⠀⠀⠀⠀⠀⠀⠀⠀⠀
+⠀║⠀⠀⠀⠀⠀⠀⠀⠀⠀⠀⠀⠀⠀⠀⠀⠀⠀⠀⠀┗━━━━━━━━━━━━━━━━━━┛⠀║⠀⠀⠀⠀║⠀⠀⠀│⠀⠀⠀⠀⠀⠀⠀⠀⠀⠀⠀⠀⠀│┃⠀├───────────────────────────┤⠀┃⠀║⠀⠀⠀⠀⠀⠀⠀⠀⠀⠀⠀⠀⠀⠀
+⠀╚════════════════════════════════════════╝⠀⠀⠀⠀║⠀⠀⠀│⠀⠀<a href='https://github.com/gcla/termshark'>termshark</a>⠀⠀│┃⠀│⠀⠀<a href='https://github.com/peass-ng/PEASS-ng/tree/master/linPEAS'>linPEAS</a>⠀⠀⠀⠀⠀⠀⠀⠀⠀⠀⠀⠀⠀⠀⠀⠀⠀⠀│⠀┃⠀║⠀⠀⠀⠀⠀⠀⠀⠀⠀⠀⠀⠀⠀⠀
+⠀⠀⠀⠀⠀⠀⠀⠀⠀⠀⠀⠀⠀⠀⠀⠀⠀⠀⠀⠀⠀⠀⠀⠀⠀⠀⠀⠀⠀⠀⠀⠀⠀⠀⠀⠀⠀⠀⠀⠀⠀⠀⠀⠀⠀⠀⠀║⠀⠀⠀│⠀⠀⠀⠀⠀⠀⠀⠀⠀⠀⠀⠀⠀│┃⠀│⠀⠀⠀⠀⠀⠀⠀⠀⠀⠀⠀⠀⠀⠀⠀⠀⠀⠀⠀⠀⠀⠀⠀⠀⠀⠀⠀│⠀┃⠀║⠀⠀⠀⠀⠀⠀⠀⠀⠀⠀⠀⠀⠀⠀
+⠀⠀⠀⠀⠀⠀⠀⠀⠀⠀⠀⠀⠀⠀⠀⠀⠀⠀⠀⠀⠀⠀⠀⠀⠀⠀⠀⠀⠀⠀⠀⠀⠀⠀⠀⠀⠀⠀⠀⠀⠀⠀⠀⠀⠀⠀⠀║⠀⠀⠀│⠀⠀<a href='https://github.com/Ettercap/ettercap'>ettercap</a>⠀⠀⠀│┃⠀│⠀⠀<a href='https://github.com/The-Z-Labs/linux-exploit-suggester'>linux-exploit-suggester</a>⠀⠀│⠀┃⠀║⠀⠀⠀⠀⠀⠀⠀⠀⠀⠀⠀⠀⠀⠀
+⠀⠀⠀⠀⠀⠀⠀⠀⠀⠀⠀⠀⠀⠀⠀⠀⠀⠀⠀⠀⠀⠀⠀⠀⠀⠀⠀⠀⠀⠀⠀⠀⠀⠀⠀⠀⠀⠀⠀⠀⠀⠀⠀⠀⠀⠀⠀║⠀⠀⠀│⠀⠀⠀⠀⠀⠀⠀⠀⠀⠀⠀⠀⠀│┃⠀│⠀⠀⠀⠀⠀⠀⠀⠀⠀⠀⠀⠀⠀⠀⠀⠀⠀⠀⠀⠀⠀⠀⠀⠀⠀⠀⠀│⠀┃⠀║⠀⠀⠀⠀⠀⠀⠀⠀⠀⠀⠀⠀⠀⠀
+⠀⠀⠀⠀⠀⠀⠀⠀⠀⠀⠀⠀⠀⠀⠀⠀⠀⠀⠀⠀⠀⠀⠀⠀⠀⠀⠀⠀⠀⠀⠀⠀⠀⠀⠀⠀⠀⠀⠀⠀⠀⠀⠀⠀⠀⠀⠀║⠀⠀⠀└─────────────┘┃⠀│⠀⠀<a href='https://github.com/sleventyeleven/linuxprivchecker'>linuxprivchecker</a>⠀⠀⠀⠀⠀⠀⠀⠀⠀│⠀┃⠀║⠀⠀⠀⠀⠀⠀⠀⠀⠀⠀⠀⠀⠀⠀
 ⠀⠀⠀⠀⠀⠀⠀⠀⠀⠀⠀⠀⠀⠀⠀⠀⠀⠀⠀⠀⠀⠀⠀⠀⠀⠀⠀⠀⠀⠀⠀⠀⠀⠀⠀⠀⠀⠀⠀⠀⠀⠀⠀⠀⠀⠀⠀║⠀⠀⠀┌─⠀SPOOFING⠀──┐┃⠀│⠀⠀⠀⠀⠀⠀⠀⠀⠀⠀⠀⠀⠀⠀⠀⠀⠀⠀⠀⠀⠀⠀⠀⠀⠀⠀⠀│⠀┃⠀║⠀⠀⠀⠀⠀⠀⠀⠀⠀⠀⠀⠀⠀⠀
 ⠀⠀⠀⠀⠀⠀⠀⠀⠀⠀⠀⠀⠀⠀⠀⠀⠀⠀⠀⠀⠀⠀⠀⠀⠀⠀⠀⠀⠀⠀⠀⠀⠀⠀⠀⠀⠀⠀⠀⠀⠀⠀⠀⠀⠀⠀⠀║⠀⠀⠀├─────────────┤┃⠀└───────────────────────────┘⠀┃⠀║⠀⠀⠀⠀⠀⠀⠀⠀⠀⠀⠀⠀⠀⠀
-⠀⠀⠀⠀⠀⠀⠀⠀⠀⠀⠀⠀⠀⠀⠀⠀⠀⠀⠀⠀⠀⠀⠀⠀⠀⠀⠀⠀⠀⠀⠀⠀⠀⠀⠀⠀⠀⠀⠀⠀⠀⠀⠀⠀⠀⠀⠀║⠀⠀⠀│⠀⠀b<a href='https://github.com/Ettercap/ettercap'>ettercap</a>⠀⠀│┃⠀┌────────⠀WINDOWS⠀────────┐⠀⠀⠀┃⠀║⠀⠀⠀⠀⠀⠀⠀⠀⠀⠀⠀⠀⠀⠀
+⠀⠀⠀⠀⠀⠀⠀⠀⠀⠀⠀⠀⠀⠀⠀⠀⠀⠀⠀⠀⠀⠀⠀⠀⠀⠀⠀⠀⠀⠀⠀⠀⠀⠀⠀⠀⠀⠀⠀⠀⠀⠀⠀⠀⠀⠀⠀║⠀⠀⠀│⠀⠀<a href='https://github.com/bettercap/bettercap'>bettercap</a>⠀⠀│┃⠀┌────────⠀WINDOWS⠀────────┐⠀⠀⠀┃⠀║⠀⠀⠀⠀⠀⠀⠀⠀⠀⠀⠀⠀⠀⠀
 ⠀⠀⠀⠀⠀⠀⠀⠀⠀⠀⠀⠀⠀⠀⠀⠀⠀⠀⠀⠀⠀⠀⠀⠀⠀⠀⠀⠀⠀⠀⠀⠀⠀⠀⠀⠀⠀⠀⠀⠀⠀⠀⠀⠀⠀⠀⠀║⠀⠀⠀│⠀⠀⠀⠀⠀⠀⠀⠀⠀⠀⠀⠀⠀│┃⠀├─────────────────────────┤⠀⠀⠀┃⠀║⠀⠀⠀⠀⠀⠀⠀⠀⠀⠀⠀⠀⠀⠀
 ⠀⠀⠀⠀⠀⠀⠀⠀⠀⠀⠀⠀⠀⠀⠀⠀⠀⠀⠀⠀⠀⠀⠀⠀⠀⠀⠀⠀⠀⠀⠀⠀⠀⠀⠀⠀⠀⠀⠀⠀⠀⠀⠀⠀⠀⠀⠀║⠀⠀⠀│⠀⠀<a href='https://github.com/SpiderLabs/Responder'>Responder</a>⠀⠀│┃⠀│⠀⠀<a href='https://github.com/peass-ng/PEASS-ng/tree/master/winPEAS'>winPEAS</a>⠀⠀⠀⠀⠀⠀⠀⠀⠀⠀⠀⠀⠀⠀⠀⠀│⠀⠀⠀┃⠀║⠀⠀⠀⠀⠀⠀⠀⠀⠀⠀⠀⠀⠀⠀
 ⠀⠀⠀⠀⠀⠀⠀⠀⠀⠀⠀⠀⠀⠀⠀⠀⠀⠀⠀⠀⠀⠀⠀⠀⠀⠀⠀⠀⠀⠀⠀⠀⠀⠀⠀⠀⠀⠀⠀⠀⠀⠀⠀⠀⠀⠀⠀║⠀⠀⠀│⠀⠀⠀⠀⠀⠀⠀⠀⠀⠀⠀⠀⠀│┃⠀│⠀⠀⠀⠀⠀⠀⠀⠀⠀⠀⠀⠀⠀⠀⠀⠀⠀⠀⠀⠀⠀⠀⠀⠀⠀│⠀⠀⠀┃⠀║⠀⠀⠀⠀⠀⠀⠀⠀⠀⠀⠀⠀⠀⠀
 ⠀⠀⠀⠀⠀⠀⠀⠀⠀⠀⠀⠀⠀⠀⠀⠀⠀⠀⠀⠀⠀⠀⠀⠀⠀⠀⠀⠀⠀⠀⠀⠀⠀⠀⠀⠀⠀⠀⠀⠀⠀⠀⠀⠀⠀⠀⠀║⠀⠀⠀│⠀⠀<a href='https://github.com/alandau/arpspoof'>arpspoof</a>⠀⠀⠀│┃⠀│⠀⠀<a href='https://github.com/itm4n/PrivescCheck'>PrivescCheck</a>⠀⠀⠀⠀⠀⠀⠀⠀⠀⠀⠀│⠀⠀⠀┃⠀║⠀⠀⠀⠀⠀⠀⠀⠀⠀⠀⠀⠀⠀⠀
 ⠀⠀⠀⠀⠀⠀⠀⠀⠀⠀⠀⠀⠀⠀⠀⠀⠀⠀⠀⠀⠀⠀⠀⠀⠀⠀⠀⠀⠀⠀⠀⠀⠀⠀⠀⠀⠀⠀⠀⠀⠀⠀⠀⠀⠀⠀⠀║⠀⠀⠀│⠀⠀⠀⠀⠀⠀⠀⠀⠀⠀⠀⠀⠀│┃⠀│⠀⠀⠀⠀⠀⠀⠀⠀⠀⠀⠀⠀⠀⠀⠀⠀⠀⠀⠀⠀⠀⠀⠀⠀⠀│⠀⠀⠀┃⠀║⠀⠀⠀⠀⠀⠀⠀⠀⠀⠀⠀⠀⠀⠀
 ⠀⠀⠀⠀⠀⠀⠀⠀⠀⠀⠀⠀⠀⠀⠀⠀⠀⠀⠀⠀⠀⠀⠀⠀⠀⠀⠀⠀⠀⠀⠀⠀⠀⠀⠀⠀⠀⠀⠀⠀⠀⠀⠀⠀⠀⠀⠀║⠀⠀⠀└─────────────┘┃⠀│⠀⠀<a href='https://github.com/pentestmonkey/windows-privesc-check'>windows-privesc-check</a>⠀⠀│⠀⠀⠀┃⠀║⠀⠀⠀⠀⠀⠀⠀⠀⠀⠀⠀⠀⠀⠀
 ⠀⠀⠀⠀⠀⠀⠀⠀⠀⠀⠀⠀⠀⠀⠀⠀⠀⠀⠀⠀⠀⠀⠀⠀⠀⠀⠀⠀⠀⠀⠀⠀⠀⠀⠀⠀⠀⠀⠀⠀⠀⠀⠀⠀⠀⠀⠀║⠀⠀⠀⠀⠀⠀⠀⠀⠀⠀⠀⠀⠀⠀⠀⠀⠀⠀┃⠀│⠀⠀⠀⠀⠀⠀⠀⠀⠀⠀⠀⠀⠀⠀⠀⠀⠀⠀⠀⠀⠀⠀⠀⠀⠀│⠀⠀⠀┃⠀║⠀⠀⠀⠀⠀⠀⠀⠀⠀⠀⠀⠀⠀⠀
 ⠀⠀⠀⠀⠀⠀⠀⠀⠀⠀⠀⠀⠀⠀⠀⠀⠀⠀⠀⠀⠀⠀⠀⠀⠀⠀⠀⠀⠀⠀⠀⠀⠀⠀⠀⠀⠀⠀⠀⠀⠀⠀⠀⠀⠀⠀⠀║⠀⠀⠀⠀⠀⠀⠀⠀⠀⠀⠀⠀⠀⠀⠀⠀⠀⠀┃⠀│⠀⠀<a href='https://github.com/antonioCoco/RemotePotato0'>RemotePotato0</a>⠀⠀⠀⠀⠀⠀⠀⠀⠀⠀│⠀⠀⠀┃⠀║⠀⠀⠀⠀⠀⠀⠀⠀⠀⠀⠀⠀⠀⠀
 ⠀⠀⠀⠀⠀⠀⠀⠀⠀⠀⠀⠀⠀⠀⠀⠀⠀⠀⠀⠀⠀⠀⠀⠀⠀⠀⠀⠀⠀⠀⠀⠀⠀⠀⠀⠀⠀⠀⠀⠀⠀⠀⠀⠀⠀⠀⠀║⠀⠀⠀⠀⠀⠀⠀⠀⠀⠀⠀⠀⠀⠀⠀⠀⠀⠀┃⠀│⠀⠀⠀⠀⠀⠀⠀⠀⠀⠀⠀⠀⠀⠀⠀⠀⠀⠀⠀⠀⠀⠀⠀⠀⠀│⠀⠀⠀┃⠀║⠀⠀⠀⠀⠀⠀⠀⠀⠀⠀⠀⠀⠀⠀
 ⠀⠀⠀⠀⠀⠀⠀⠀⠀⠀⠀⠀⠀⠀⠀⠀⠀⠀⠀⠀⠀⠀⠀⠀⠀⠀⠀⠀⠀⠀⠀⠀⠀⠀⠀⠀⠀⠀⠀⠀⠀⠀⠀⠀⠀⠀⠀║⠀⠀⠀⠀⠀⠀⠀⠀⠀⠀⠀⠀⠀⠀⠀⠀⠀⠀┃⠀└─────────────────────────┘⠀⠀⠀┃⠀║⠀⠀⠀⠀⠀⠀⠀⠀⠀⠀⠀⠀⠀⠀
 ⠀⠀⠀⠀⠀⠀⠀⠀⠀⠀⠀⠀⠀⠀⠀⠀⠀⠀⠀⠀⠀⠀⠀⠀⠀⠀⠀⠀⠀⠀⠀⠀⠀⠀⠀⠀⠀⠀⠀⠀⠀⠀⠀⠀⠀⠀⠀║⠀⠀⠀⠀⠀⠀⠀⠀⠀⠀⠀⠀⠀⠀⠀⠀⠀⠀┗━━━━━━━━━━━━━━━━━━━━━━━━━━━━━━━┛⠀║⠀⠀⠀⠀⠀⠀⠀⠀⠀⠀⠀⠀⠀⠀
 ⠀⠀⠀⠀⠀⠀⠀⠀⠀⠀⠀⠀⠀⠀⠀⠀⠀⠀⠀⠀⠀⠀⠀⠀⠀⠀⠀⠀⠀⠀⠀⠀⠀⠀⠀⠀⠀⠀⠀⠀⠀⠀⠀⠀⠀⠀⠀╚════════════════════════════════════════════════════╝⠀⠀⠀⠀⠀⠀⠀⠀⠀⠀⠀⠀⠀⠀
 ]
 style main fill:#121212
 ```
````
